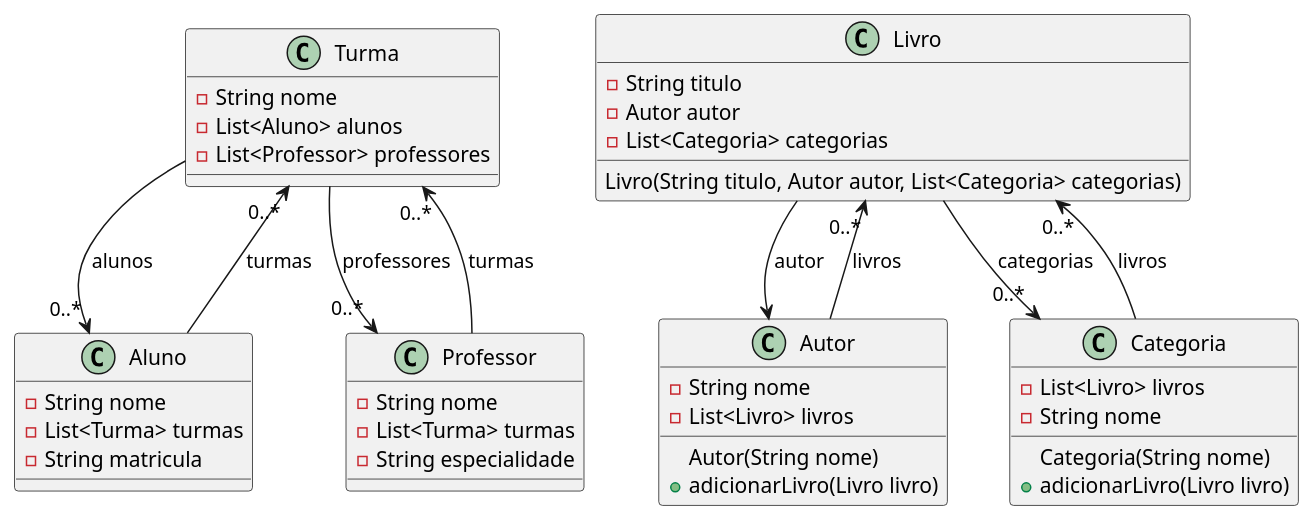
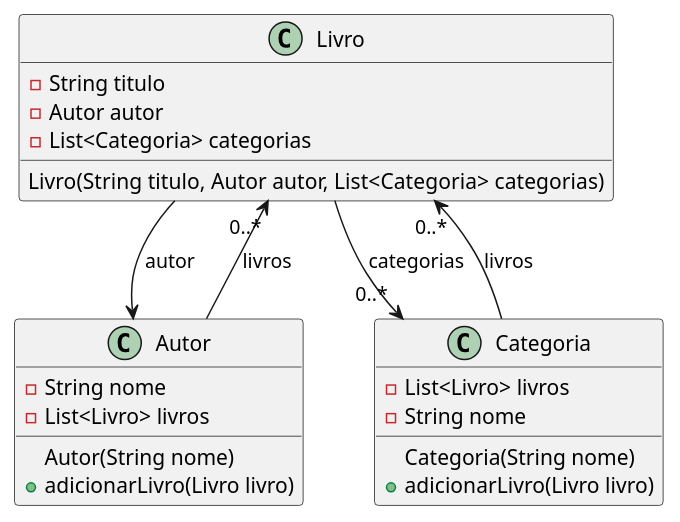
Before and after one commit to 2026-ifba-saj-inf-poo/blog: the second of 2 diagrams in src/posts/05_listas_associacoes.md, drawn with PlantUML. The commit also changed other lines of this file, not shown here.

````diff
--- a/src/posts/05_listas_associacoes.md
+++ b/src/posts/05_listas_associacoes.md
@@ -54,46 +96,28 @@
 ```plantuml
 @startuml
-class Turma {
-  - String nome
-  - List<Aluno> alunos
-  - List<Professor> professores
-}
-class Aluno {
-  - String nome
-  - List<Turma> turmas
-  - String matricula
-}
-class Professor {
-  - String nome
-  - List<Turma> turmas
-  - String especialidade
-}
+
 class Livro {
   - String titulo
   - Autor autor
   - List<Categoria> categorias
   Livro(String titulo, Autor autor, List<Categoria> categorias)
 }
 class Autor {
   - String nome
   - List<Livro> livros
   Autor(String nome)
   + adicionarLivro(Livro livro)
 
 }
 class Categoria {
   - List<Livro> livros
   - String nome
     Categoria(String nome)
   + adicionarLivro(Livro livro)
 }
-Turma --> "0..*" Aluno : alunos
-Aluno --> "0..*" Turma : turmas
-Turma --> "0..*" Professor : professores
-Professor --> "0..*" Turma : turmas
 Livro --> Autor : autor
 Autor --> "0..*" Livro : livros
 Livro --> "0..*" Categoria : categorias
 Categoria --> "0..*" Livro : livros
 @enduml
 ```
````
